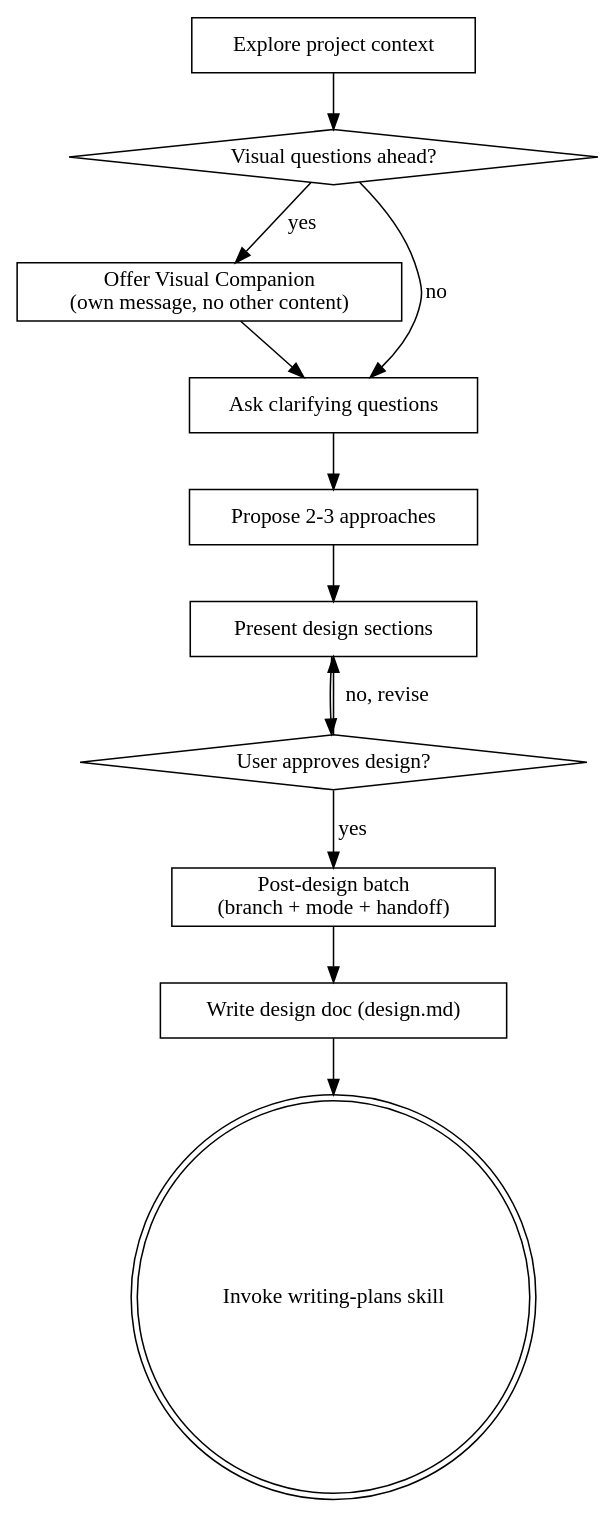
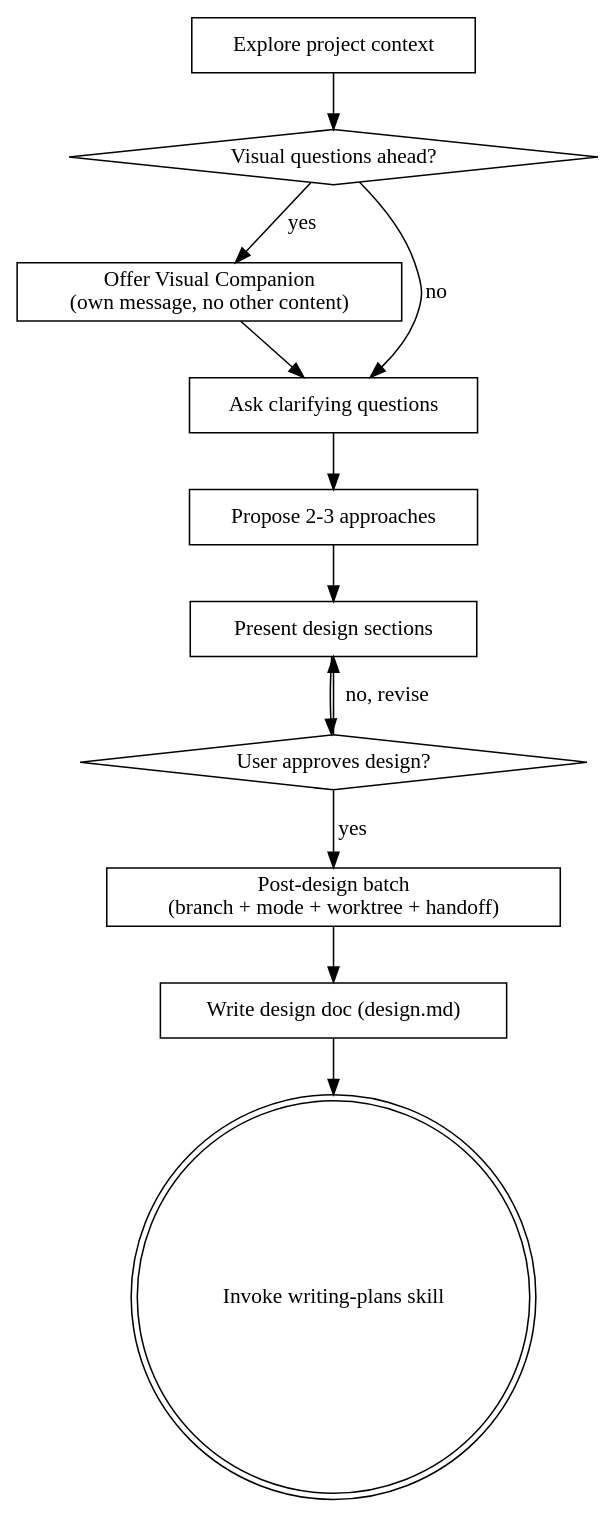
One commit to ribeirogab/specwright changed the diagram in plugins/memex/skills/brainstorming/SKILL.md. Above: the diagram before and after it, drawn with Graphviz. The commit also changed other lines of this file and 2 other files, not shown here.

Commit message:
feat(brainstorming): add worktree as the post-design batch's fourth question

````diff
--- a/plugins/memex/skills/brainstorming/SKILL.md
+++ b/plugins/memex/skills/brainstorming/SKILL.md
@@ -35,26 +35,26 @@
 ```dot
 digraph brainstorming {
     "Explore project context" [shape=box];
     "Visual questions ahead?" [shape=diamond];
     "Offer Visual Companion\n(own message, no other content)" [shape=box];
     "Ask clarifying questions" [shape=box];
     "Propose 2-3 approaches" [shape=box];
     "Present design sections" [shape=box];
     "User approves design?" [shape=diamond];
-    "Post-design batch\n(branch + mode + handoff)" [shape=box];
+    "Post-design batch\n(branch + mode + worktree + handoff)" [shape=box];
     "Write design doc (design.md)" [shape=box];
     "Invoke writing-plans skill" [shape=doublecircle];
 
     "Explore project context" -> "Visual questions ahead?";
     "Visual questions ahead?" -> "Offer Visual Companion\n(own message, no other content)" [label="yes"];
     "Visual questions ahead?" -> "Ask clarifying questions" [label="no"];
     "Offer Visual Companion\n(own message, no other content)" -> "Ask clarifying questions";
     "Ask clarifying questions" -> "Propose 2-3 approaches";
     "Propose 2-3 approaches" -> "Present design sections";
     "Present design sections" -> "User approves design?";
     "User approves design?" -> "Present design sections" [label="no, revise"];
-    "User approves design?" -> "Post-design batch\n(branch + mode + handoff)" [label="yes"];
-    "Post-design batch\n(branch + mode + handoff)" -> "Write design doc (design.md)";
+    "User approves design?" -> "Post-design batch\n(branch + mode + worktree + handoff)" [label="yes"];
+    "Post-design batch\n(branch + mode + worktree + handoff)" -> "Write design doc (design.md)";
     "Write design doc (design.md)" -> "Invoke writing-plans skill";
 }
 ```
````
